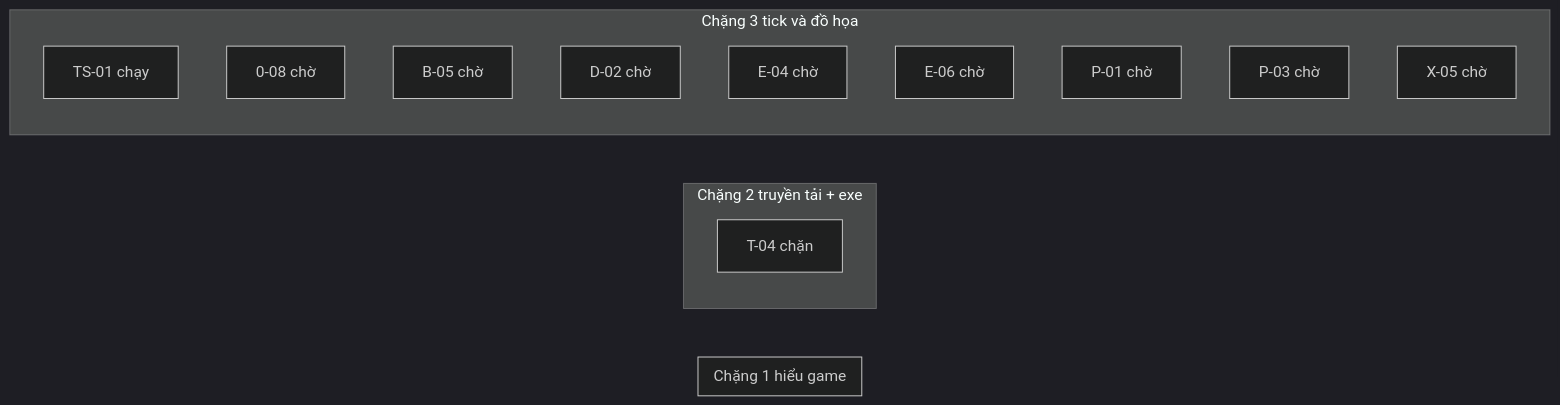
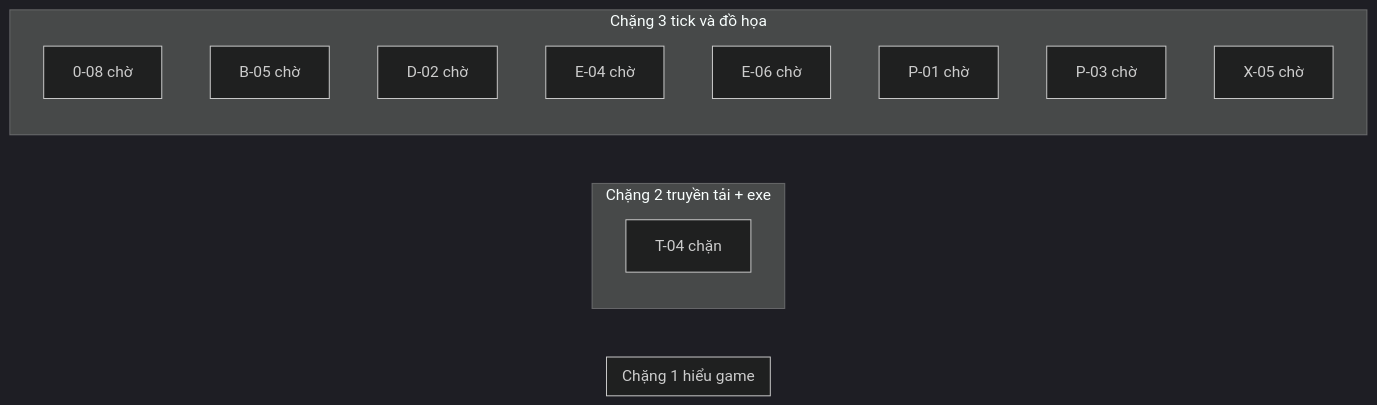
Before and after one commit to ndtangoss-dev/jx1-reports: the diagram in JX1_OPS/STATE/TIEN-DO.md, drawn with Mermaid (dark theme). The commit also changed other lines of this file and 2 other files, not shown here.

````diff
--- a/JX1_OPS/STATE/TIEN-DO.md
+++ b/JX1_OPS/STATE/TIEN-DO.md
@@ -9,19 +9,18 @@
 ```mermaid
 flowchart LR
   subgraph S1["Chặng 1 hiểu game"]
   end
   subgraph S2["Chặng 2 truyền tải + exe"]
     T_04["T-04 chặn"]
   end
   subgraph S3["Chặng 3 tick và đồ họa"]
-    TS_01["TS-01 chạy"]
     0_08["0-08 chờ"]
     B_05["B-05 chờ"]
     D_02["D-02 chờ"]
     E_04["E-04 chờ"]
     E_06["E-06 chờ"]
     P_01["P-01 chờ"]
     P_03["P-03 chờ"]
     X_05["X-05 chờ"]
   end
 ```
````
